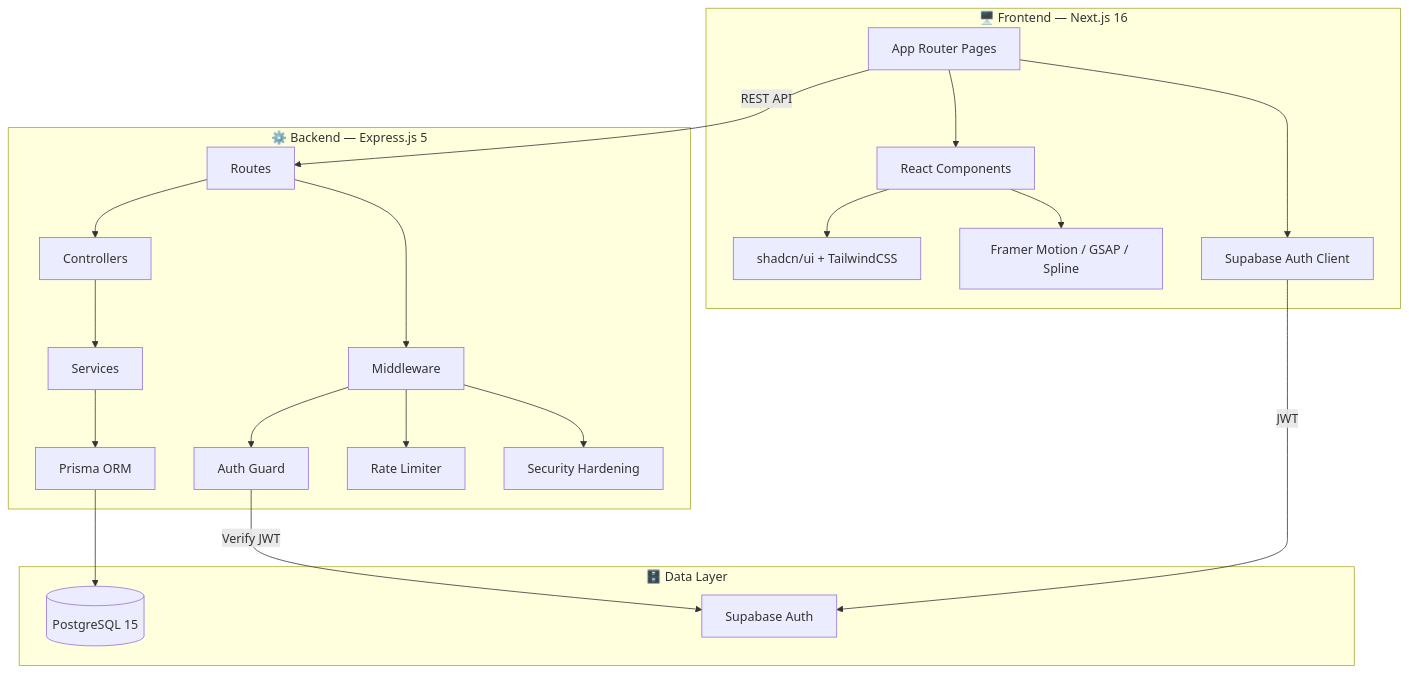
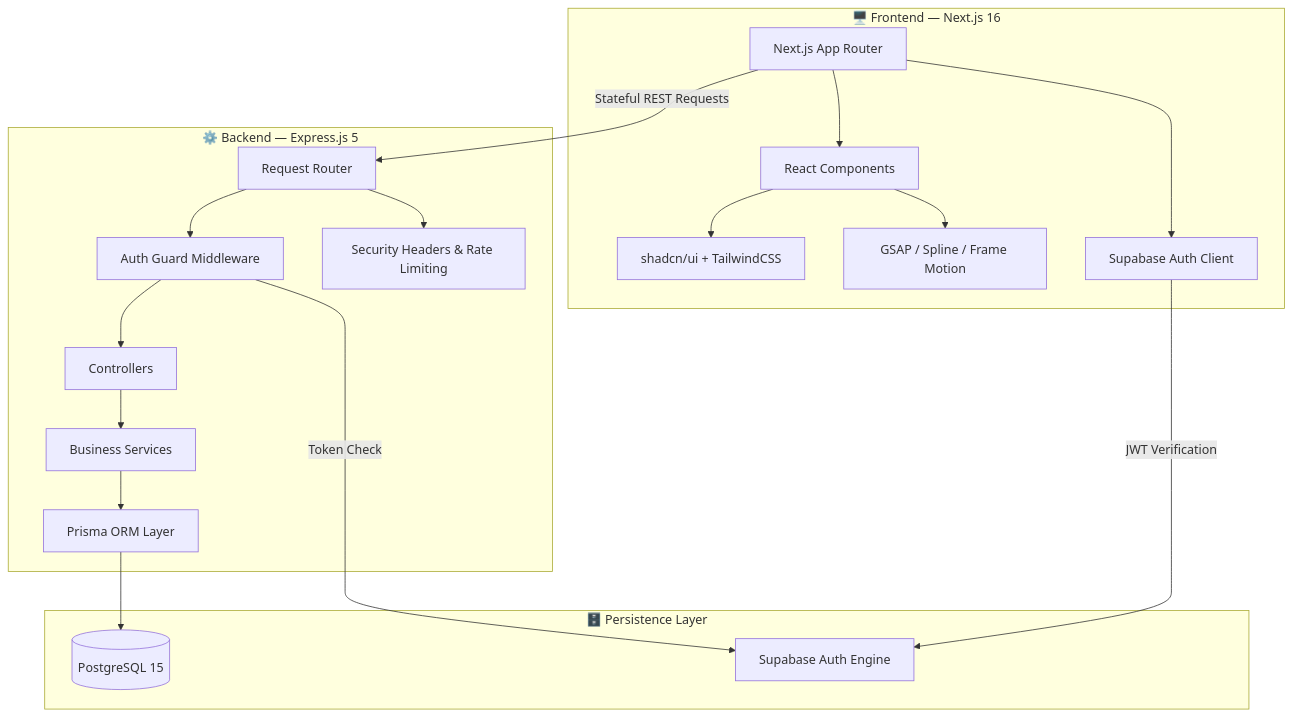
The first of 2 diagrams in README.md (Vishallakshmikanthan/prompt-forge), drawn with Mermaid before and after one commit. The commit also changed other lines of this file and 7 other files, not shown here.

Commit message:
docs: upgrade README with screenshots, architecture diagrams, and API documentation

````diff
--- a/README.md
+++ b/README.md
@@ -93,29 +121,27 @@
 ```mermaid
 graph TB
     subgraph Client["🖥️ Frontend — Next.js 16"]
-        A[App Router Pages] --> B[React Components]
+        A[Next.js App Router] --> B[React Components]
         B --> C[shadcn/ui + TailwindCSS]
-        B --> D[Framer Motion / GSAP / Spline]
+        B --> D[GSAP / Spline / Frame Motion]
         A --> E[Supabase Auth Client]
     end
 
     subgraph Server["⚙️ Backend — Express.js 5"]
-        F[Routes] --> G[Controllers]
-        G --> H[Services]
-        H --> I[Prisma ORM]
-        F --> J[Middleware]
-        J --> J1[Auth Guard]
-        J --> J2[Rate Limiter]
-        J --> J3[Security Hardening]
+        F[Request Router] --> G[Auth Guard Middleware]
+        G --> H[Controllers]
+        H --> I[Business Services]
+        I --> J[Prisma ORM Layer]
+        F --> K[Security Headers & Rate Limiting]
     end
 
-    subgraph Data["🗄️ Data Layer"]
-        K[(PostgreSQL 15)]
-        L[Supabase Auth]
+    subgraph Storage["🗄️ Persistence Layer"]
+        L[(PostgreSQL 15)]
+        M[Supabase Auth Engine]
     end
 
-    A -- "REST API" --> F
-    E -- "JWT" --> L
-    I --> K
-    J1 -- "Verify JWT" --> L
+    A -- "Stateful REST Requests" --> F
+    E -- "JWT Verification" --> M
+    J --> L
+    G -- "Token Check" --> M
 ```
````
